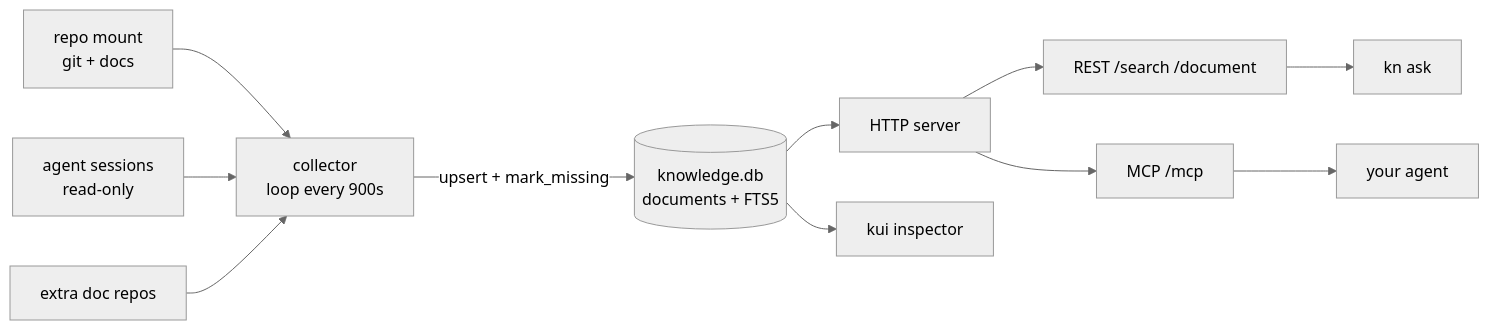
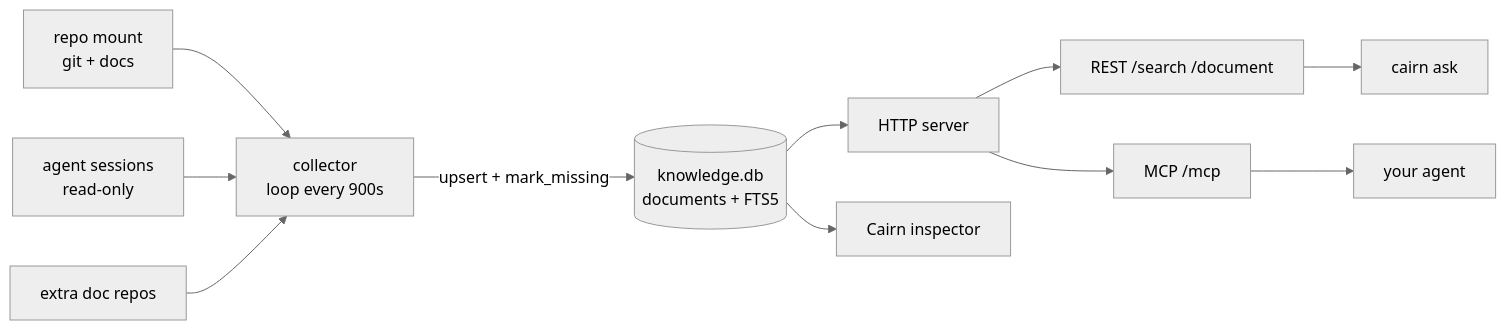
Before and after one commit to body-clock/cairn: the diagram in README.md, drawn with Mermaid (neutral theme). The commit also changed other lines of this file and 7 other files, not shown here.

````diff
--- a/README.md
+++ b/README.md
@@ -114,13 +114,13 @@
 ```mermaid
 flowchart LR
     R[repo mount<br/>git + docs] --> C[collector<br/>loop every 900s]
     S[agent sessions<br/>read-only] --> C
     D[extra doc repos] --> C
     C -->|upsert + mark_missing| Q[(knowledge.db<br/>documents + FTS5)]
     Q --> H[HTTP server]
     H --> A[REST /search /document]
     H --> M[MCP /mcp]
-    A --> K[kn ask]
+    A --> K[cairn ask]
     M --> E[your agent]
-    Q --> U[kui inspector]
+    Q --> U[Cairn inspector]
 ```
````
